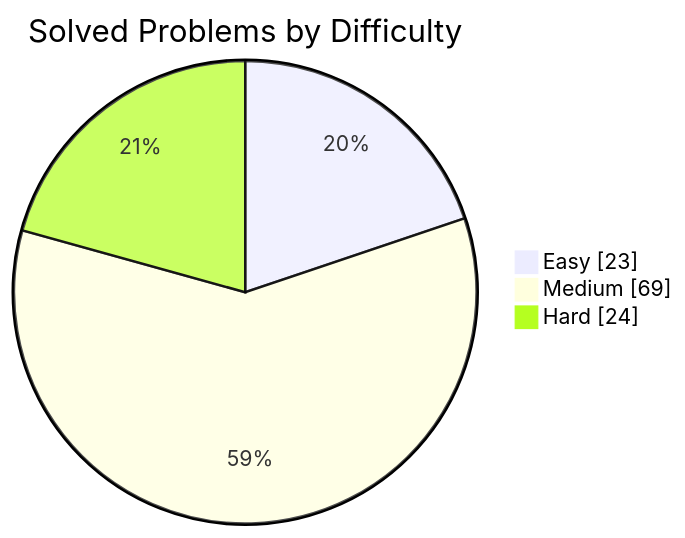
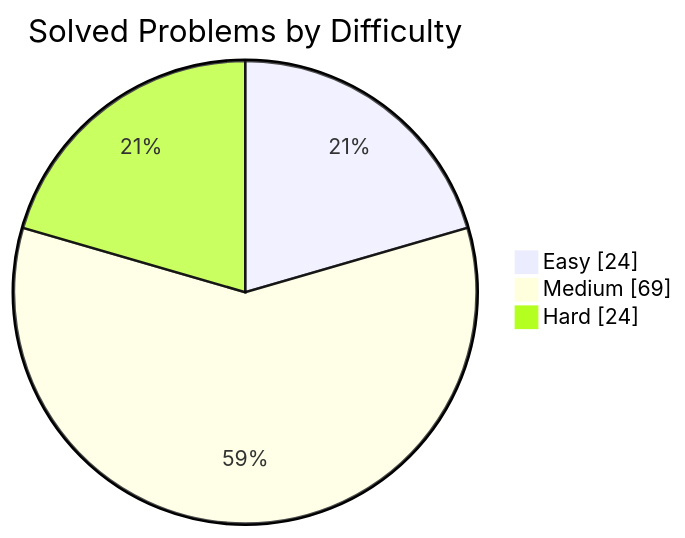
Before and after one commit to manikantbindass/DSA-Preparation-FAANG: the first of 2 diagrams in README.md, drawn with Mermaid. The commit also changed other lines of this file, not shown here.

````diff
--- a/README.md
+++ b/README.md
@@ -38,7 +38,7 @@
 ```mermaid
 pie showData
     title Solved Problems by Difficulty
-    "Easy" : 23
+    "Easy" : 24
     "Medium" : 69
     "Hard" : 24
 ```
````
